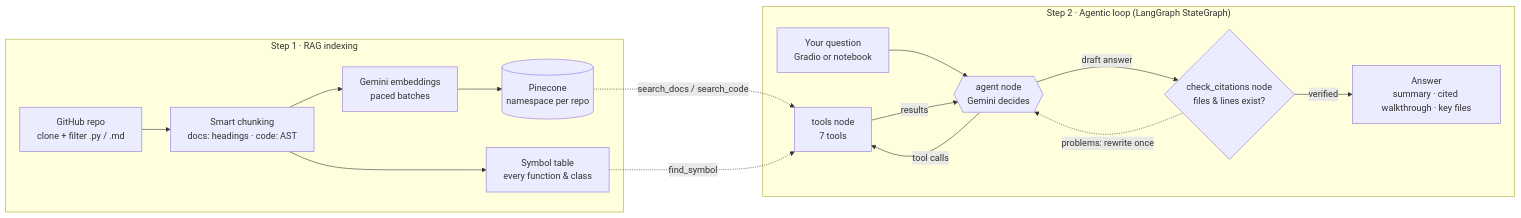
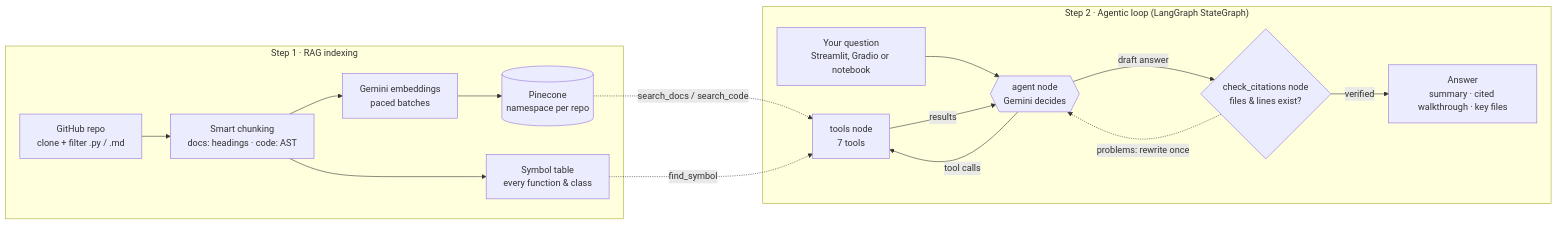
Before and after one commit to jvs867/codebase-onboarding-agent: the diagram in README.md, drawn with Mermaid. The commit also changed other lines of this file and 1 other file, not shown here.

````diff
--- a/README.md
+++ b/README.md
@@ -22,19 +31,19 @@
 ```mermaid
 flowchart LR
     subgraph S1["Step 1 · RAG indexing"]
         A[GitHub repo<br/>clone + filter .py / .md] --> B[Smart chunking<br/>docs: headings · code: AST]
         B --> C[Gemini embeddings<br/>paced batches]
         C --> D[(Pinecone<br/>namespace per repo)]
         B --> E[Symbol table<br/>every function & class]
     end
     subgraph S2["Step 2 · Agentic loop (LangGraph StateGraph)"]
-        Q[Your question<br/>Gradio or notebook] --> G{{agent node<br/>Gemini decides}}
+        Q[Your question<br/>Streamlit, Gradio or notebook] --> G{{agent node<br/>Gemini decides}}
         G -->|tool calls| T[tools node<br/>7 tools]
         T -->|results| G
         G -->|draft answer| K{check_citations node<br/>files & lines exist?}
         K -.->|problems: rewrite once| G
         K -->|verified| R[Answer<br/>summary · cited walkthrough · key files]
     end
     D -. search_docs / search_code .-> T
     E -. find_symbol .-> T
 ```
````
